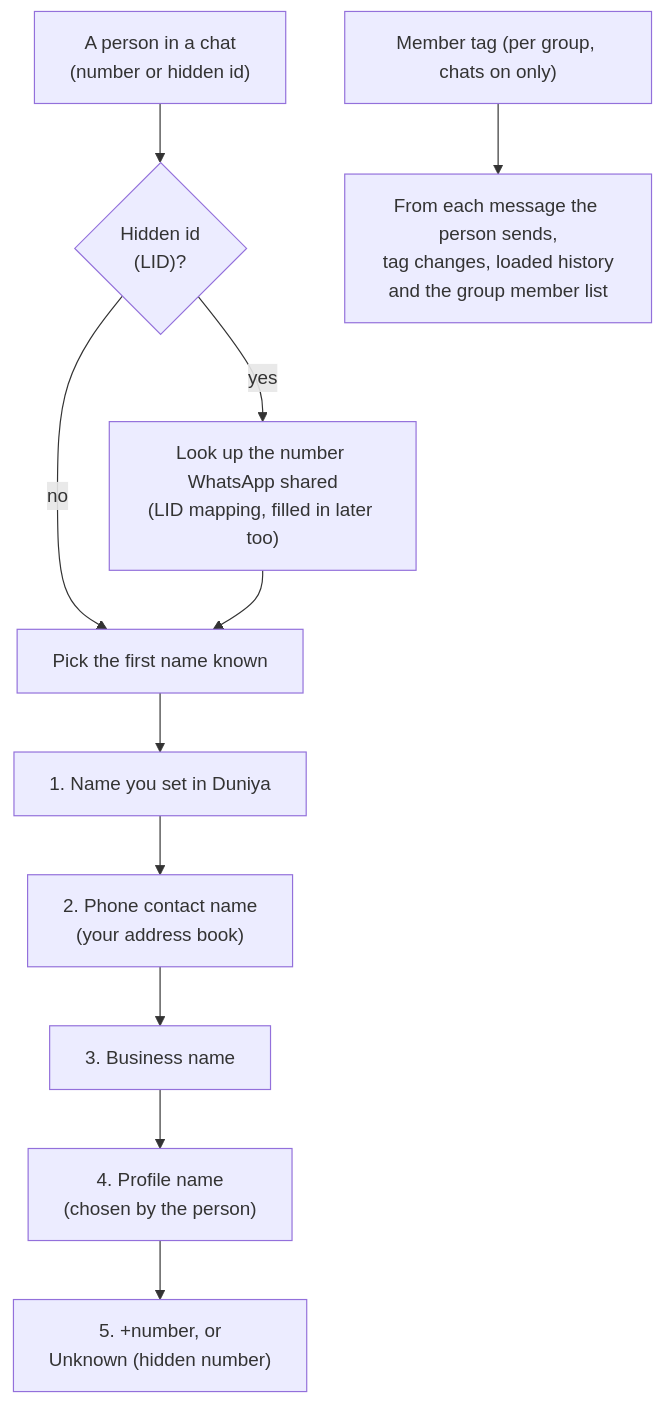
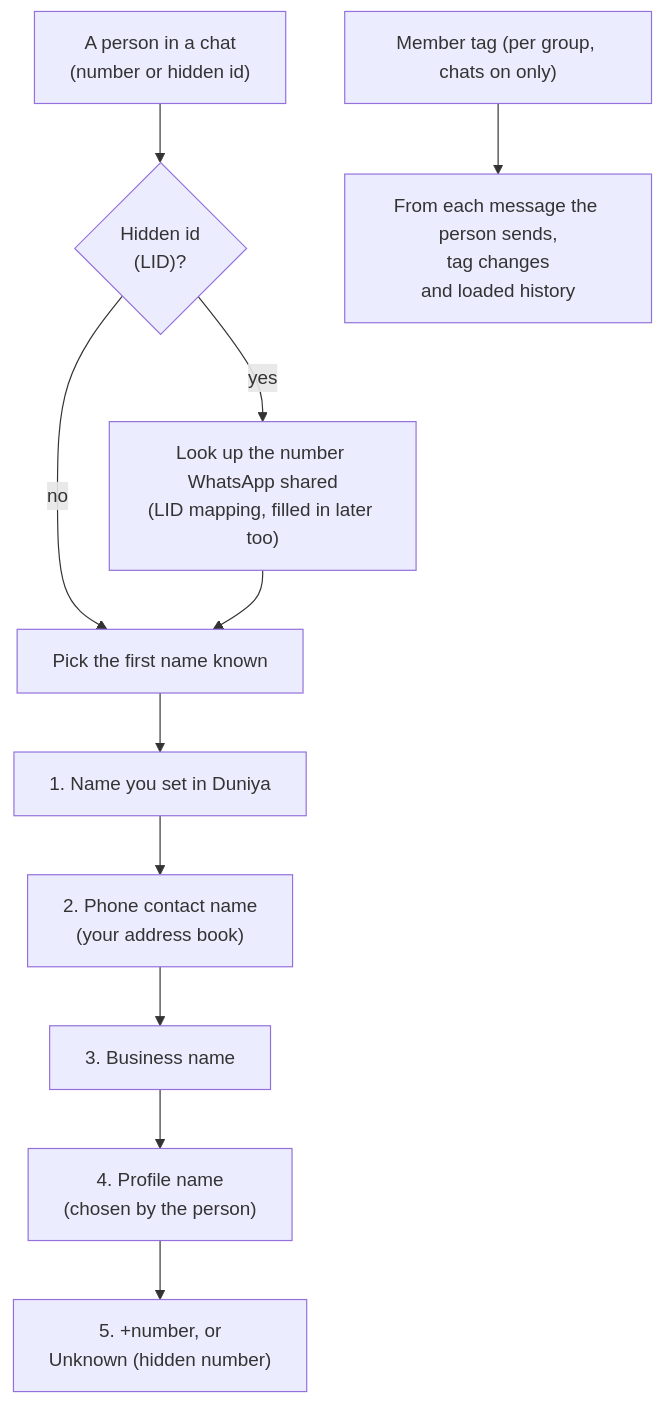
Before and after one commit to vikramgorla/duniya: the diagram in docs/diagrams/contact-names.mmd, drawn with Mermaid. The commit also changed 11 other files, not shown here.

First line of the commit message:
Drop member-list tag parsing (v2.19.2) (#118)

```diff
--- a/docs/diagrams/contact-names.mmd
+++ b/docs/diagrams/contact-names.mmd
@@ -1,11 +1,11 @@
 flowchart TD
   P["A person in a chat<br/>(number or hidden id)"] --> H{"Hidden id<br/>(LID)?"}
   H -- "yes" --> M["Look up the number WhatsApp shared<br/>(LID mapping, filled in later too)"]
   H -- "no" --> N
   M --> N["Pick the first name known"]
   N --> O["1. Name you set in Duniya"]
   O --> B["2. Phone contact name<br/>(your address book)"]
   B --> Z["3. Business name"]
   Z --> R["4. Profile name<br/>(chosen by the person)"]
   R --> X["5. +number, or<br/>Unknown (hidden number)"]
-  T["Member tag (per group, chats on only)"] --> TT["From each message the person sends,<br/>tag changes, loaded history<br/>and the group member list"]
+  T["Member tag (per group, chats on only)"] --> TT["From each message the person sends,<br/>tag changes<br/>and loaded history"]
```
